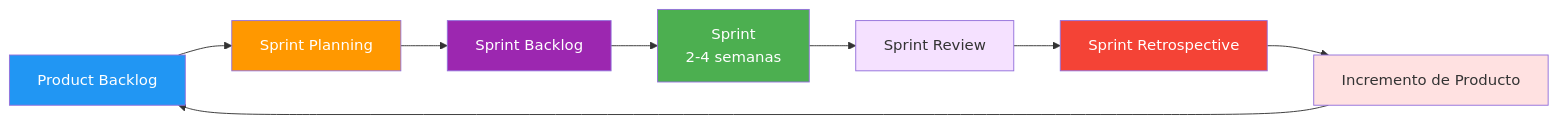
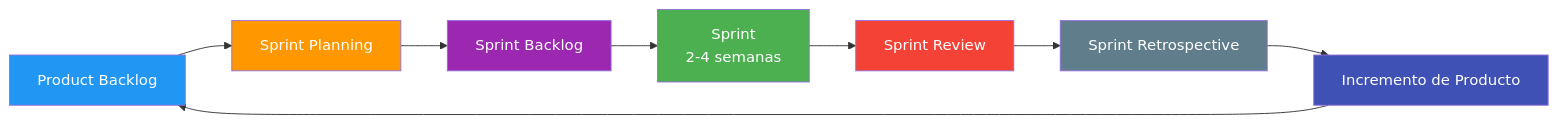
Before and after one commit to joseluisgs/EntornosDesarrollo-01-2026-2027: the eighth of 9 diagrams in 04-modelos-metodologias.md, drawn with Mermaid. The commit also changed other lines of this file, not shown here.

````diff
--- a/04-modelos-metodologias.md
+++ b/04-modelos-metodologias.md
@@ -306,18 +342,18 @@
 ```mermaid
 graph LR
     A[Product Backlog] --> B[Sprint Planning]
     B --> C[Sprint Backlog]
     C --> D[Sprint<br/>2-4 semanas]
     D --> E[Sprint Review]
     E --> F[Sprint Retrospective]
     F --> G[Incremento de Producto]
     G --> A
 
     style A fill:#2196F3,color:#fff
     style B fill:#FF9800,color:#fff
     style C fill:#9C27B0,color:#fff
     style D fill:#4CAF50,color:#fff
-    style E fill:#f5e1ff
-    style F fill:#f44336,color:#fff
-    style G fill:#ffe1e1
+    style E fill:#f44336,color:#fff
+    style F fill:#607D8B,color:#fff
+    style G fill:#3F51B5,color:#fff
 ```
````
